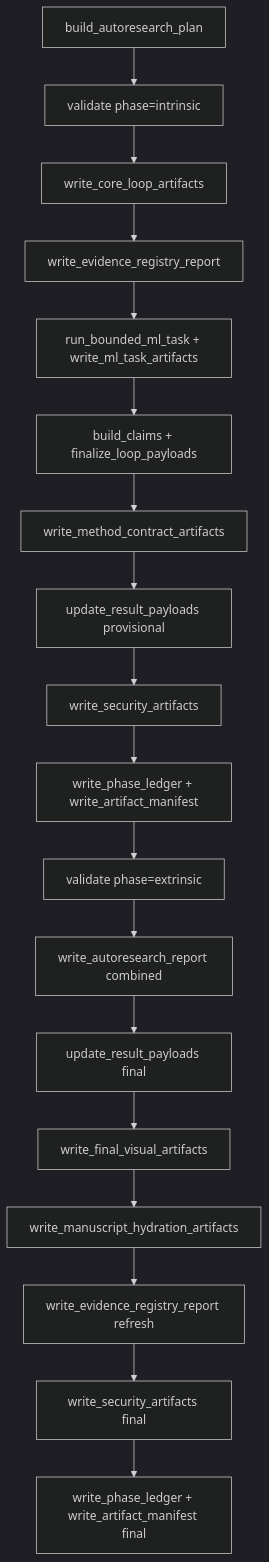
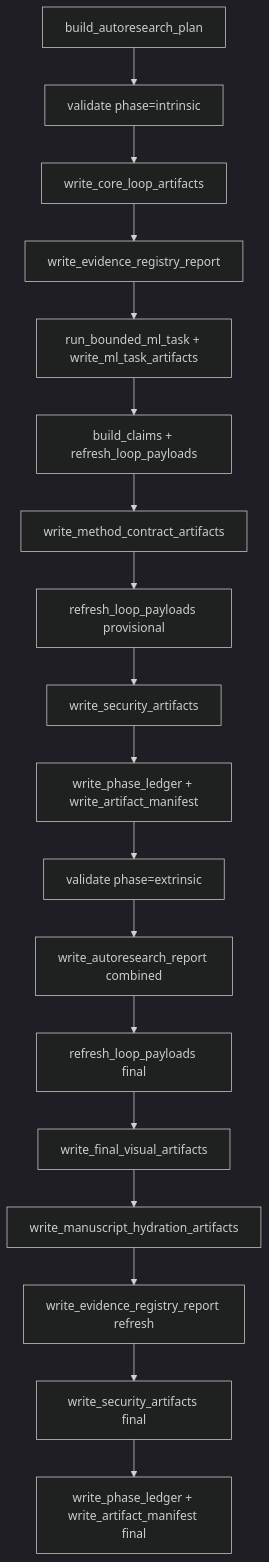
One commit to docxology/template changed the diagram in projects/templates/template_autoresearch_project/README.md. Above: the diagram before and after it, drawn with Mermaid (dark theme). The commit also changed 596 other files, not shown here.

````diff
--- a/projects/templates/template_autoresearch_project/README.md
+++ b/projects/templates/template_autoresearch_project/README.md
@@ -204,20 +204,20 @@
 ```mermaid
 flowchart TB
   plan[build_autoresearch_plan] --> intrinsic[validate phase=intrinsic]
   intrinsic --> core[write_core_loop_artifacts]
   core --> registry1[write_evidence_registry_report]
   registry1 --> ml[run_bounded_ml_task + write_ml_task_artifacts]
-  ml --> claims[build_claims + finalize_loop_payloads]
+  ml --> claims[build_claims + refresh_loop_payloads]
   claims --> methods[write_method_contract_artifacts]
-  methods --> update1[update_result_payloads provisional]
+  methods --> update1[refresh_loop_payloads provisional]
   update1 --> security1[write_security_artifacts]
   security1 --> phase1[write_phase_ledger + write_artifact_manifest]
   phase1 --> extrinsic[validate phase=extrinsic]
   extrinsic --> readiness[write_autoresearch_report combined]
-  readiness --> update2[update_result_payloads final]
+  readiness --> update2[refresh_loop_payloads final]
   update2 --> visuals[write_final_visual_artifacts]
   visuals --> hydrate[write_manuscript_hydration_artifacts]
   hydrate --> registry2[write_evidence_registry_report refresh]
   registry2 --> security2[write_security_artifacts final]
   security2 --> phase2[write_phase_ledger + write_artifact_manifest final]
 ```
````
